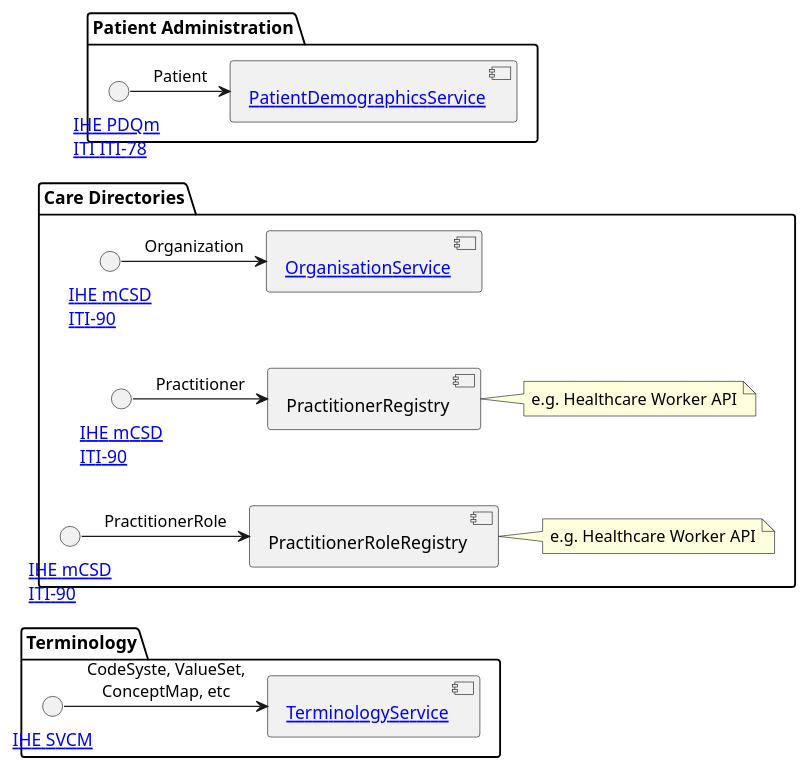
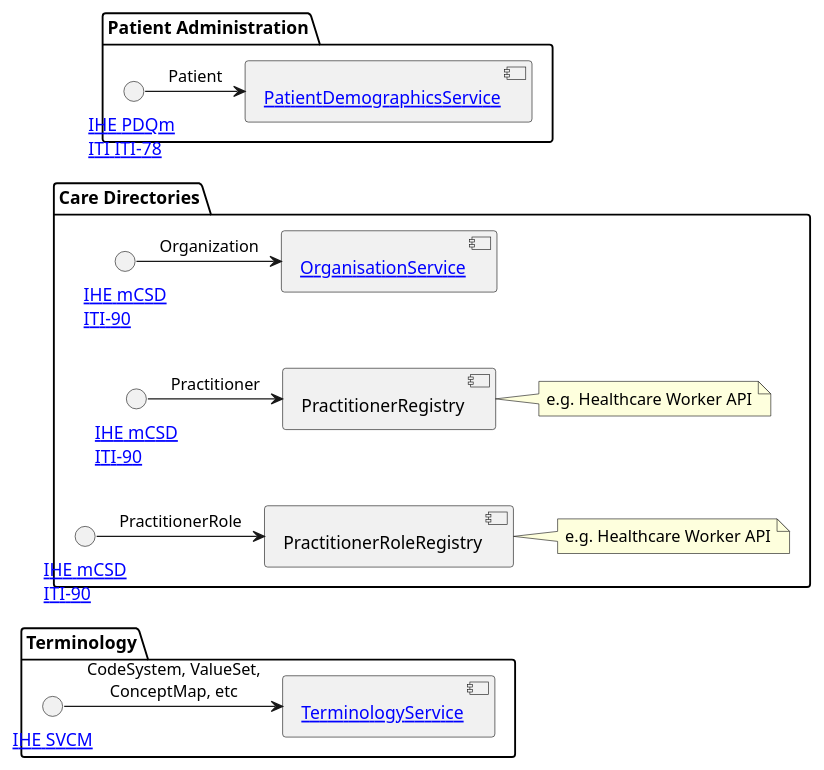
One commit to NHSDigital/national-imaging-repository-specification changed the diagram in input/images-source/component-assumptions.plantuml. Above: the diagram before and after it, drawn with PlantUML.

Commit message:
Royal College of Radiologists mapping

```diff
--- a/input/images-source/component-assumptions.plantuml
+++ b/input/images-source/component-assumptions.plantuml
@@ -1,49 +1,49 @@
 @startuml
 
 
 
 package patientAdminisrtration as "Patient Administration" {
   component "[[https://digital.nhs.uk/services/personal-demographics-service PatientDemographicsService]]" as PatientDemographicsService
   interface "[[https://profiles.ihe.net/ITI/PDQm/ITI-78.html IHE PDQm\nITI ITI-78]] " as PDQm
 
   PDQm -r-> PatientDemographicsService : Patient
 }
 
 
 package directories as "Care Directories" {
   component "[[https://digital.nhs.uk/services/organisation-data-service OrganisationService]]" as OrganisationService
 
   component PractitionerRegistry
   note right
   e.g. Healthcare Worker API
   end note
 
   component PractitionerRoleRegistry
   note right
   e.g. Healthcare Worker API
   end note
 
   interface "[[https://profiles.ihe.net/ITI/mCSD/ITI-90.html IHE mCSD\nITI-90]]" as ITI90Org
   interface "[[https://profiles.ihe.net/ITI/mCSD/ITI-90.html IHE mCSD\nITI-90]]" as ITI90Prac
   interface "[[https://profiles.ihe.net/ITI/mCSD/ITI-90.html IHE mCSD\nITI-90]]" as ITI90PracRole
 
   ITI90Org -r-> OrganisationService : Organization
   ITI90Prac -r-> PractitionerRegistry: Practitioner
   ITI90PracRole -r-> PractitionerRoleRegistry: PractitionerRole
 
   OrganisationService -d[hidden]- PractitionerRegistry
   PractitionerRegistry -d[hidden]- PractitionerRoleRegistry
 }
 
 package Terminology {
  component "[[https://digital.nhs.uk/services/terminology-server TerminologyService]]" as TerminologyService
   interface "[[https://profiles.ihe.net/ITI/SVCM/volume-1.html IHE SVCM]]" as SVCM
 
-  SVCM -r-> TerminologyService: CodeSyste, ValueSet,\nConceptMap, etc
+  SVCM -r-> TerminologyService: CodeSystem, ValueSet,\nConceptMap, etc
 }
 
 PatientDemographicsService -d[hidden]- OrganisationService
 PractitionerRoleRegistry -d[hidden]- TerminologyService
 
 
 @enduml
```
